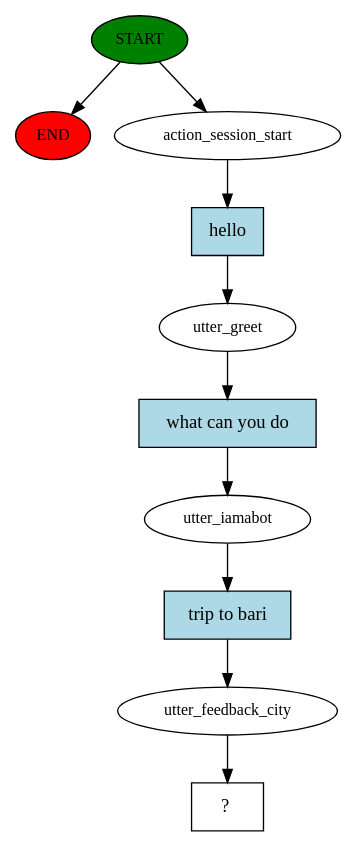
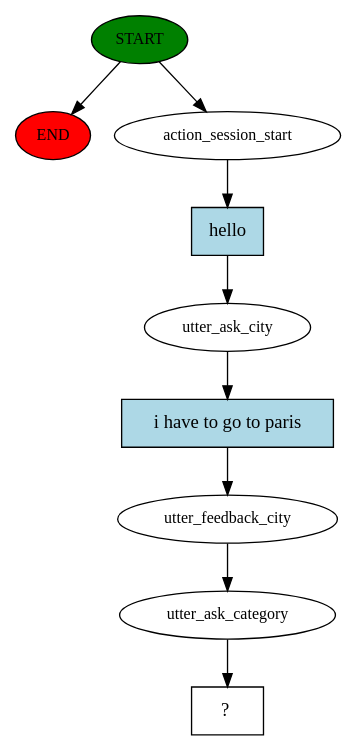
One commit to paolocalderaro/DT2151_TravelBot_project changed the diagram in story_graph.dot. Above: the diagram before and after it, drawn with Graphviz. The commit also changed 10 other files, not shown here.

```diff
--- a/story_graph.dot
+++ b/story_graph.dot
@@ -1,21 +1,19 @@
 digraph  {
 0 [class="start active", fillcolor=green, fontsize=12, label=START, style=filled];
 "-1" [class=end, fillcolor=red, fontsize=12, label=END, style=filled];
 1 [class=active, fontsize=12, label=action_session_start];
-2 [class=active, fontsize=12, label=utter_greet];
-3 [class=active, fontsize=12, label=utter_iamabot];
-4 [class=active, fontsize=12, label=utter_feedback_city];
+2 [class=active, fontsize=12, label=utter_ask_city];
+3 [class=active, fontsize=12, label=utter_feedback_city];
+4 [class=active, fontsize=12, label=utter_ask_category];
 5 [class="intent dashed active", label="  ?  ", shape=rect];
 6 [class="intent active", fillcolor=lightblue, label=hello, shape=rect, style=filled];
-7 [class="intent active", fillcolor=lightblue, label="what can you do", shape=rect, style=filled];
-8 [class="intent active", fillcolor=lightblue, label="trip to bari", shape=rect, style=filled];
+7 [class="intent active", fillcolor=lightblue, label="i have to go to paris", shape=rect, style=filled];
 0 -> "-1"  [class="", key=NONE, label=""];
 0 -> 1  [class=active, key=NONE, label=""];
 1 -> 6  [class=active, key=0];
 2 -> 7  [class=active, key=0];
-3 -> 8  [class=active, key=0];
+3 -> 4  [class=active, key=NONE, label=""];
 4 -> 5  [class=active, key=NONE, label=""];
 6 -> 2  [class=active, key=0];
 7 -> 3  [class=active, key=0];
-8 -> 4  [class=active, key=0];
 }
```
